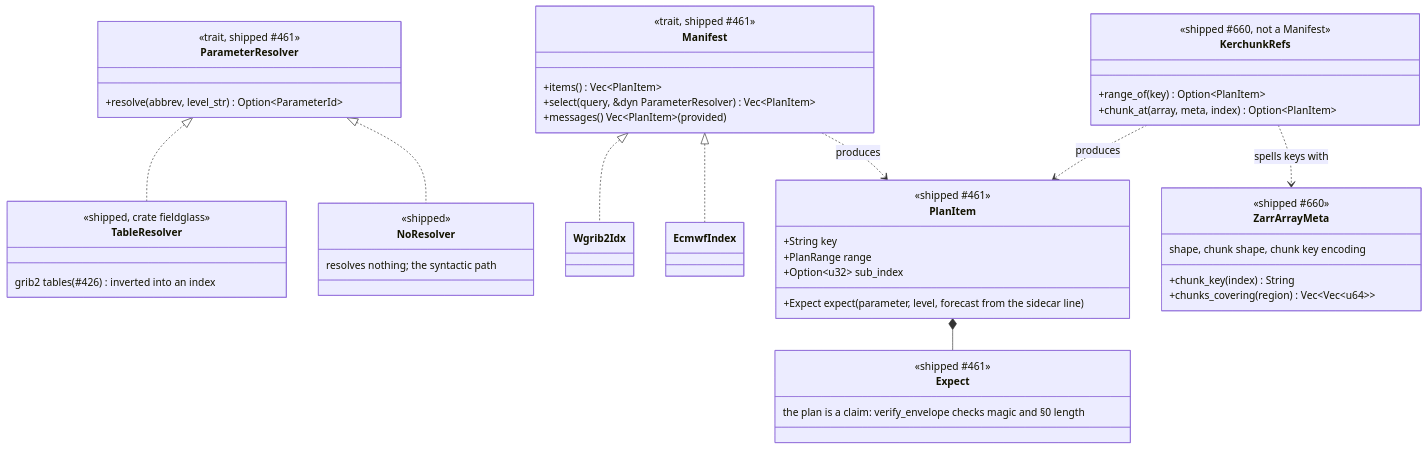
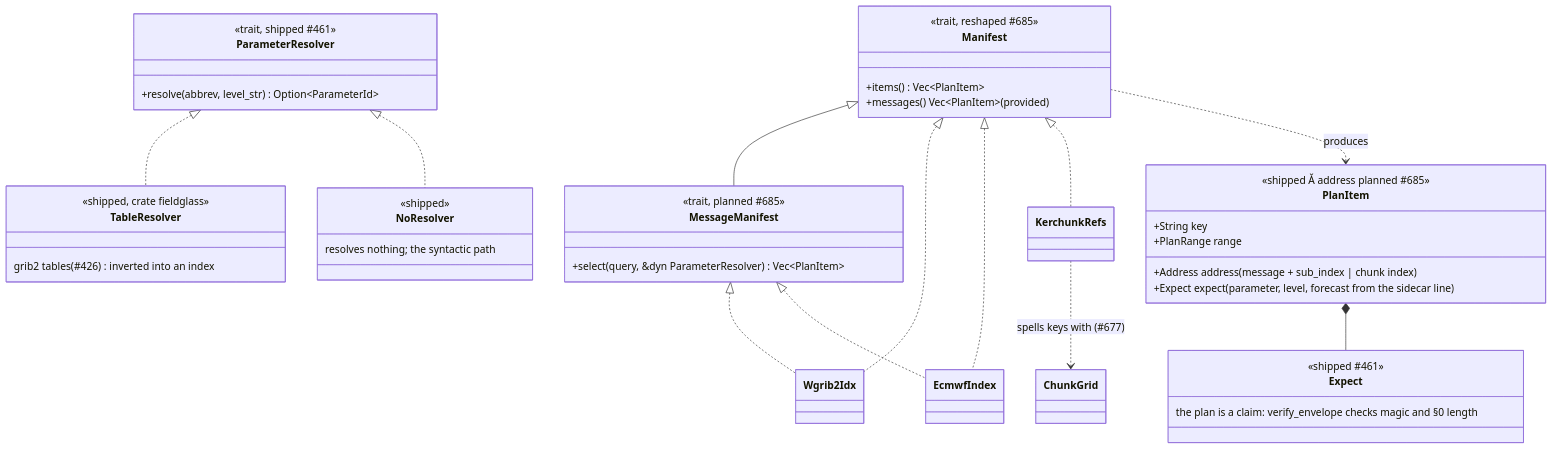
One commit to D0ubleD0uble/fieldglass changed the fourth of 6 diagrams in docs/architecture/planned/02-trait-seams.md. Above: the diagram before and after it, drawn with Mermaid. The commit also changed other lines of this file and 18 other files, not shown here.

First line of the commit message:
docs(architecture): the workspace is described as layers, under ADR-0010

````diff
--- a/docs/architecture/planned/02-trait-seams.md
+++ b/docs/architecture/planned/02-trait-seams.md
@@ -175,51 +249,46 @@
 ```mermaid
 classDiagram
     class Manifest {
-        <<trait, shipped #461>>
+        <<trait, reshaped #685>>
         +items() Vec~PlanItem~
+        +messages() Vec~PlanItem~ (provided)
+    }
+    class MessageManifest {
+        <<trait, planned #685>>
         +select(query, &dyn ParameterResolver) Vec~PlanItem~
-        +messages() Vec~PlanItem~ (provided)
     }
     class ParameterResolver {
         <<trait, shipped #461>>
         +resolve(abbrev, level_str) Option~ParameterId~
     }
     class TableResolver {
         <<shipped, crate fieldglass>>
         grib2 tables (#426) inverted into an index
     }
     class NoResolver {
         <<shipped>>
         resolves nothing; the syntactic path
     }
     ParameterResolver <|.. TableResolver
     ParameterResolver <|.. NoResolver
     class PlanItem {
-        <<shipped #461>>
+        <<shipped #461; address planned #685>>
         +String key
         +PlanRange range
-        +Option~u32~ sub_index
+        +Address address (message + sub_index | chunk index)
         +Expect expect (parameter, level, forecast from the sidecar line)
     }
     class Expect {
         <<shipped #461>>
         the plan is a claim: verify_envelope checks magic and §0 length
     }
+    Manifest <|-- MessageManifest
     Manifest <|.. Wgrib2Idx
     Manifest <|.. EcmwfIndex
+    Manifest <|.. KerchunkRefs
+    MessageManifest <|.. Wgrib2Idx
+    MessageManifest <|.. EcmwfIndex
+    KerchunkRefs ..> ChunkGrid : spells keys with (#677)
     Manifest ..> PlanItem : produces
     PlanItem *-- Expect
-    class KerchunkRefs {
-        <<shipped #660, not a Manifest>>
-        +range_of(key) Option~PlanItem~
-        +chunk_at(array, meta, index) Option~PlanItem~
-    }
-    class ZarrArrayMeta {
-        <<shipped #660>>
-        shape, chunk shape, chunk key encoding
-        +chunk_key(index) String
-        +chunks_covering(region) Vec~Vec~u64~~
-    }
-    KerchunkRefs ..> PlanItem : produces
-    KerchunkRefs ..> ZarrArrayMeta : spells keys with
 ```
````
